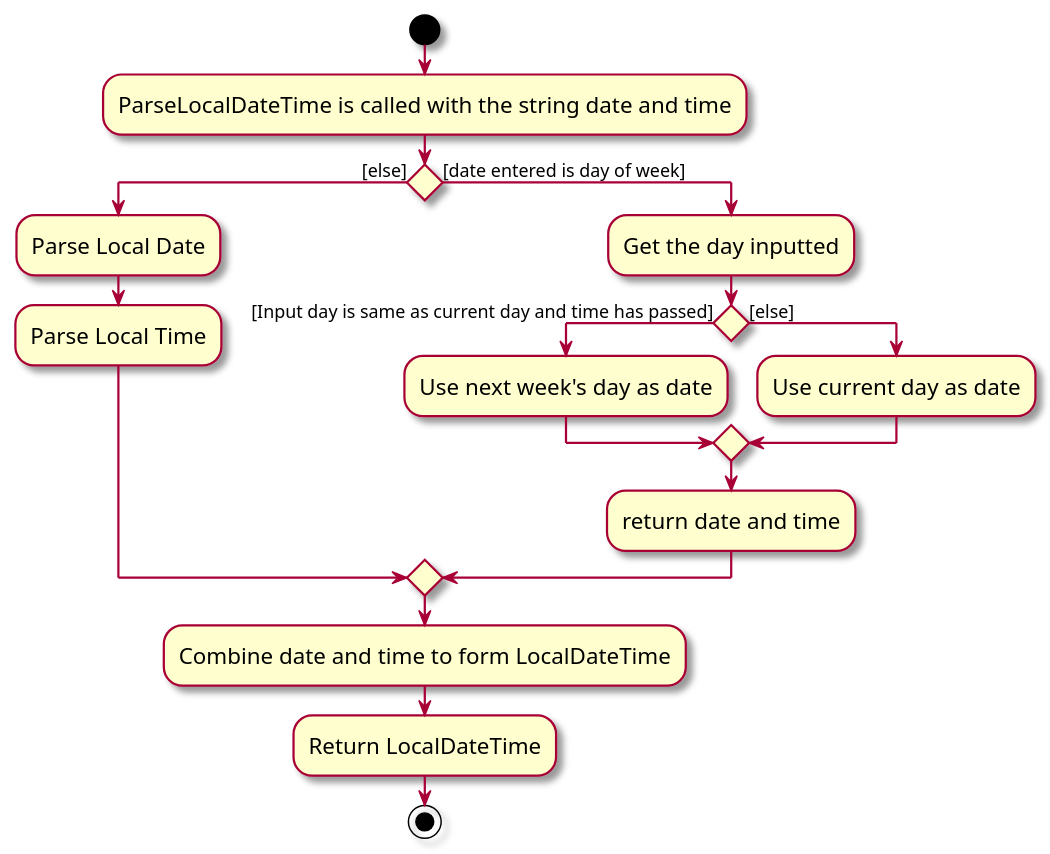
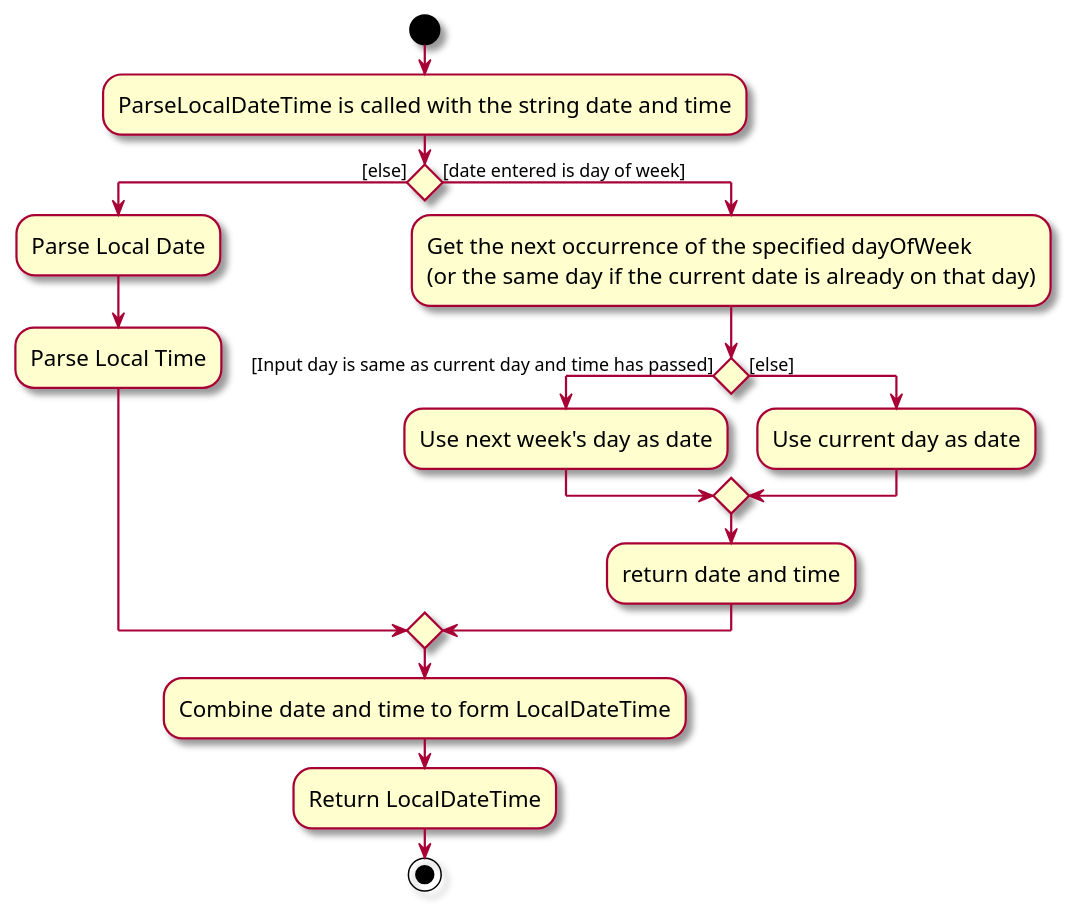
One commit to kaiyi27/tp changed the diagram in docs/diagrams/ParseLocalDateTimeActivityDiagram.puml. Above: the diagram before and after it, drawn with PlantUML. The commit also changed 1 other file, not shown here.

```diff
--- a/docs/diagrams/ParseLocalDateTimeActivityDiagram.puml
+++ b/docs/diagrams/ParseLocalDateTimeActivityDiagram.puml
@@ -1,28 +1,29 @@
 @startuml
 skin rose
 skinparam ActivityFontSize 15
 skinparam ArrowFontSize 12
 start
 :ParseLocalDateTime is called with the string date and time;
 
 
 if () then ([else])
     :Parse Local Date;
 
     :Parse Local Time;
 else ([date entered is day of week])
-    :Get the day inputted;
+    :Get the next occurrence of the specified dayOfWeek
+    (or the same day if the current date is already on that day);
     if() then ([Input day is same as current day and time has passed])
     :Use next week's day as date;
     else([else])
     :Use current day as date;
     endif
     :return date and time;
 
 
 endif
 :Combine date and time to form LocalDateTime;
 :Return LocalDateTime;
 
 stop
 @enduml
```
